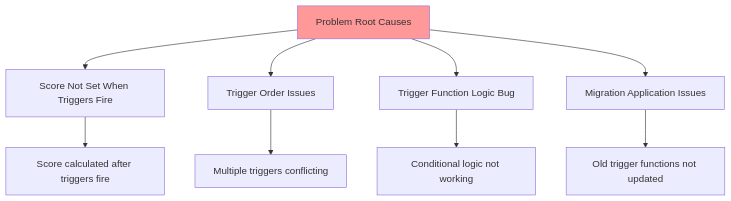
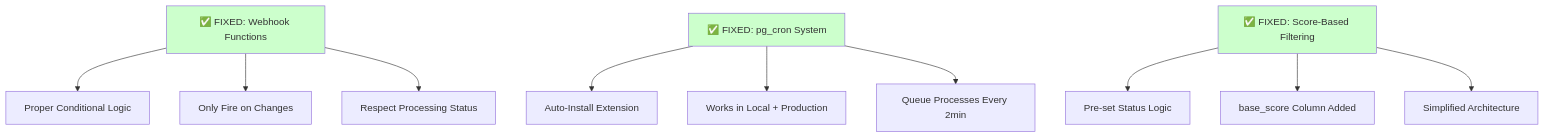
Before and after one commit to mousberg/le-commit: the fourth of 4 diagrams in docs/ashby-applicant-processing-flow.md, drawn with Mermaid. The commit also changed other lines of this file and 3 other files, not shown here.

First line of the commit message:
docs: enhance README and add pg_cron webhook system documentation

````diff
--- a/docs/ashby-applicant-processing-flow.md
+++ b/docs/ashby-applicant-processing-flow.md
@@ -147,14 +158,18 @@
 ```mermaid
 flowchart TD
-    A[Problem Root Causes] --> B[Score Not Set When Triggers Fire]
-    A --> C[Trigger Order Issues]
-    A --> D[Trigger Function Logic Bug]
-    A --> E[Migration Application Issues]
+    A[✅ FIXED: Webhook Functions] --> B[Proper Conditional Logic]
+    A --> C[Only Fire on Changes]
+    A --> D[Respect Processing Status]
     
-    B --> F[Score calculated after triggers fire]
-    C --> G[Multiple triggers conflicting]  
-    D --> H[Conditional logic not working]
-    E --> I[Old trigger functions not updated]
+    E[✅ FIXED: pg_cron System] --> F[Auto-Install Extension]
+    E --> G[Works in Local + Production]
+    E --> H[Queue Processes Every 2min]
     
-    style A fill:#ff9999
+    I[✅ FIXED: Score-Based Filtering] --> J[Pre-set Status Logic]
+    I --> K[base_score Column Added]
+    I --> L[Simplified Architecture]
+    
+    style A fill:#ccffcc
+    style E fill:#ccffcc
+    style I fill:#ccffcc
 ```
````
